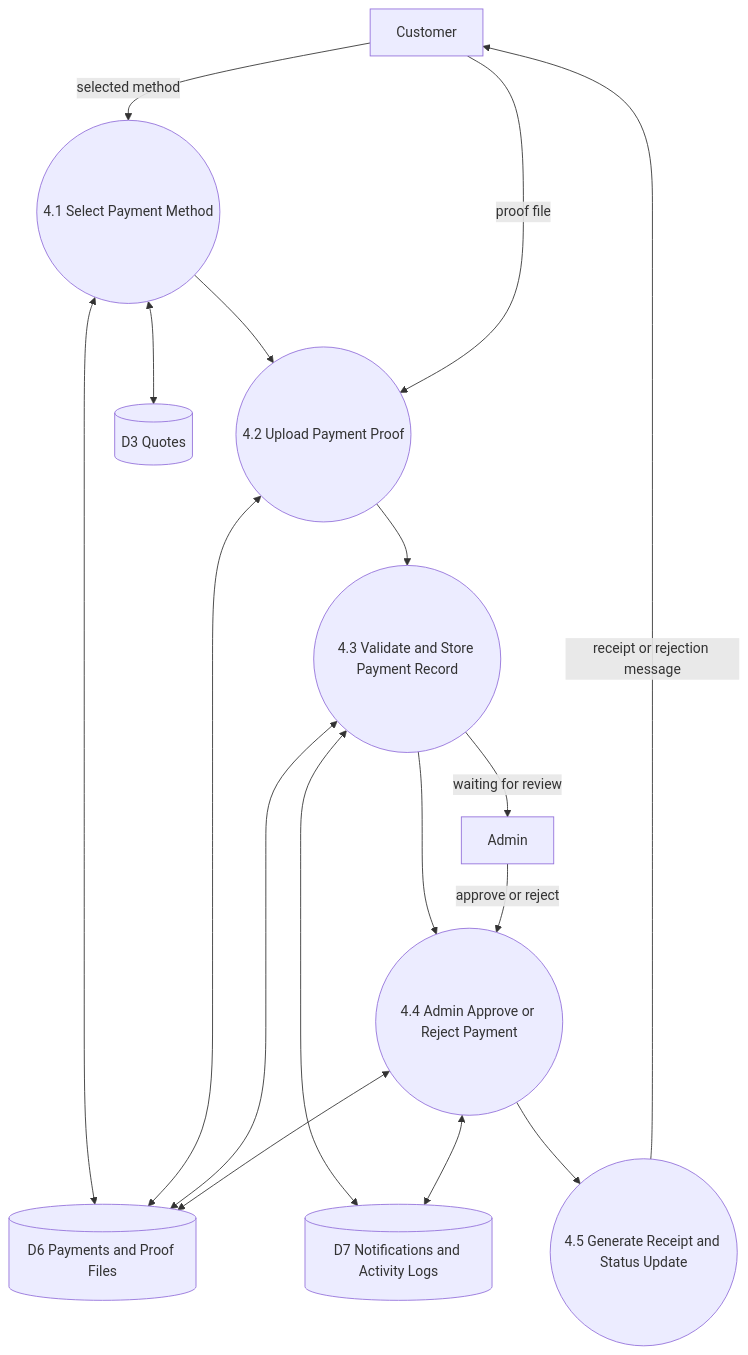
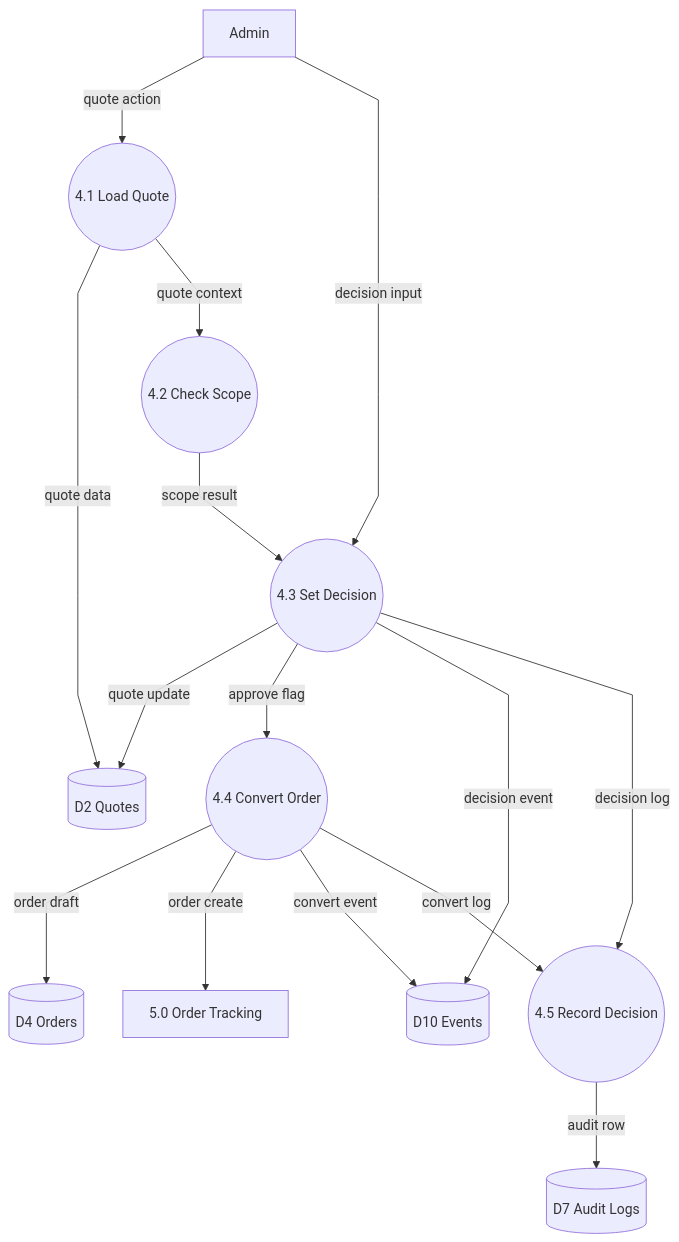
One commit to theilei/ermel changed the sixth of 11 diagrams in DFD-Ermel-System.md. Above: the diagram before and after it, drawn with Mermaid. The commit also changed other lines of this file, not shown here.

````diff
--- a/DFD-Ermel-System.md
+++ b/DFD-Ermel-System.md
@@ -222,36 +229,36 @@
 ```mermaid
+%%{init: {"flowchart":{"curve":"linear","nodeSpacing":45,"rankSpacing":75}}}%%
 flowchart TB
-    C[Customer]
-    A[Admin]
+  ADMIN[Admin]
+  P5I[5.0 Order Tracking]
 
-    P41((4.1 Select Payment Method))
-    P42((4.2 Upload Payment Proof))
-    P43((4.3 Validate and Store Payment Record))
-    P44((4.4 Admin Approve or Reject Payment))
-    P45((4.5 Generate Receipt and Status Update))
+  P41((4.1 Load Quote))
+  P42((4.2 Check Scope))
+  P43((4.3 Set Decision))
+  P44((4.4 Convert Order))
+  P45((4.5 Record Decision))
 
-    D3[(D3 Quotes)]
-    D6[(D6 Payments and Proof Files)]
-    D7[(D7 Notifications and Activity Logs)]
+  D2[(D2 Quotes)]
+  D4[(D4 Orders)]
+  D7[(D7 Audit Logs)]
+  D10[(D10 Events)]
 
-    C -->|selected method| P41
-    P41 <--> D3
-    P41 <--> D6
-    P41 --> P42
+  ADMIN -->|quote action| P41
+  P41 -->|quote data| D2
+  P41 -->|quote context| P42
 
-    C -->|proof file| P42
-    P42 <--> D6
-    P42 --> P43
+  P42 -->|scope result| P43
+  ADMIN -->|decision input| P43
+  P43 -->|quote update| D2
 
-    P43 <--> D6
-    P43 <--> D7
-    P43 -->|waiting for review| A
-    P43 --> P44
+  P43 -->|approve flag| P44
+  P44 -->|order draft| D4
+  P44 -->|order create| P5I
 
-    A -->|approve or reject| P44
-    P44 <--> D6
-    P44 <--> D7
-    P44 --> P45
+  P43 -->|decision event| D10
+  P44 -->|convert event| D10
 
-    P45 -->|receipt or rejection message| C
+  P43 -->|decision log| P45
+  P44 -->|convert log| P45
+  P45 -->|audit row| D7
 ```
````
